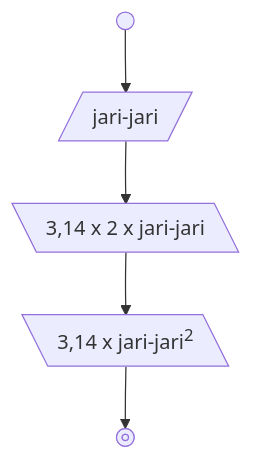
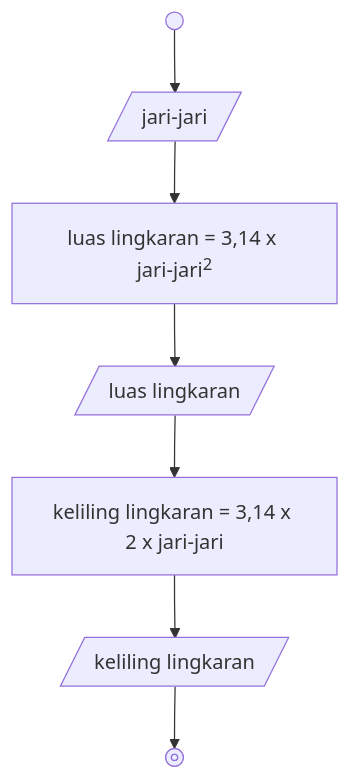
Before and after one commit to sronnaim/koda-b10-algoritma: the second of 2 diagrams in README.md, drawn with Mermaid. The commit also changed other lines of this file and 1 other file, not shown here.

````diff
--- a/README.md
+++ b/README.md
@@ -67,10 +67,12 @@
 ```mermaid
 flowchart TD
     Start@{ shape: start, label: "mulai" }
+    Input@{ shape: lean-r, label: "jari-jari"}
+    A@{ shape: rect, label: "luas lingkaran = 3,14 x jari-jari<sup>2</sup>" }
+    B@{ shape: rect, label: "keliling lingkaran = 3,14 x 2 x jari-jari" }
+    OutputArea@{ shape: lean-r, label: "luas lingkaran"}
+    OutputCircum@{ shape: lean-r, label: "keliling lingkaran" }
     End@{ shape: stop, label: "selesai"}
-    Input@{ shape: lean-r, label: "jari-jari"}
-    OutputCircum@{ shape: lean-l, label: "3,14 x jari-jari<sup>2</sup>" }
-    OutputArea@{ shape: lean-l, label: "3,14 x 2 x jari-jari "}
 
-    Start --> Input --> OutputArea --> OutputCircum --> End
+    Start --> Input --> A --> OutputArea --> B --> OutputCircum --> End
 ```
````
